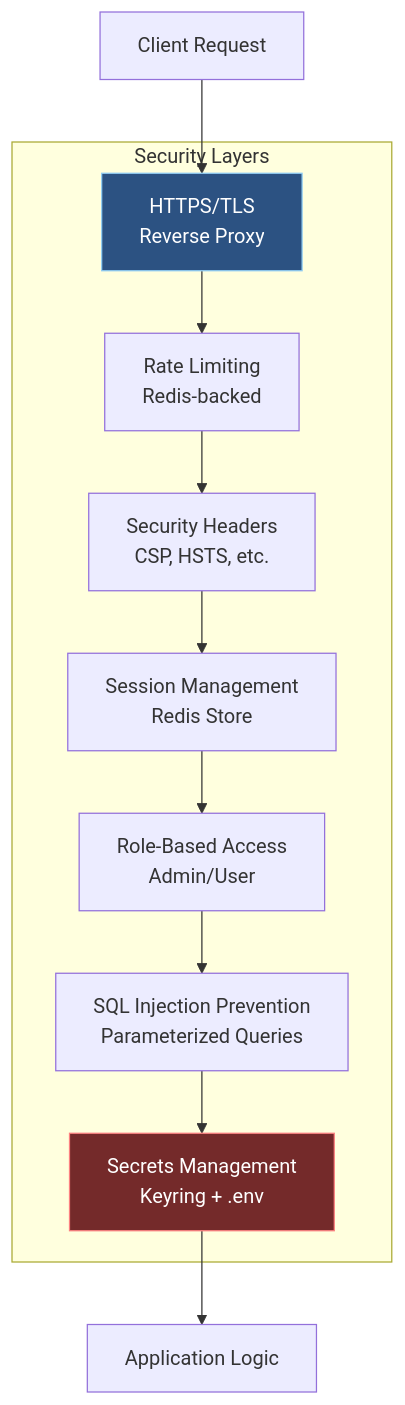
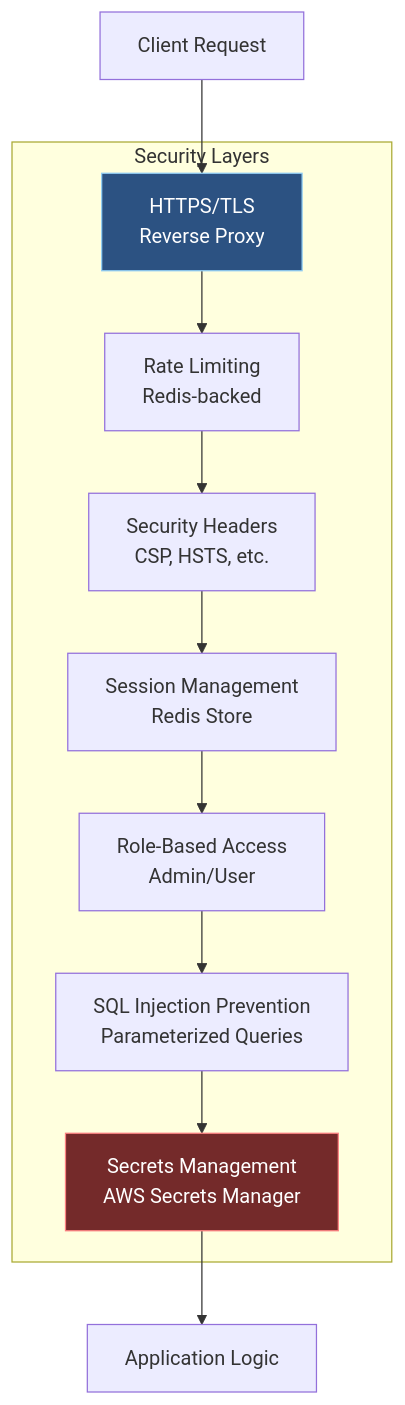
Before and after one commit to cyclonite69/shadowcheck-static: the sixth of 11 diagrams in .github/wiki/Architecture.md, drawn with Mermaid. The commit also changed 5 other files, not shown here.

````diff
--- a/.github/wiki/Architecture.md
+++ b/.github/wiki/Architecture.md
@@ -602,24 +602,24 @@
 ```mermaid
 graph TB
     subgraph "Security Layers"
         A[HTTPS/TLS<br/>Reverse Proxy]
         B[Rate Limiting<br/>Redis-backed]
         C[Security Headers<br/>CSP, HSTS, etc.]
         D[Session Management<br/>Redis Store]
         E[Role-Based Access<br/>Admin/User]
         F[SQL Injection Prevention<br/>Parameterized Queries]
-        G[Secrets Management<br/>Keyring + .env]
+        G[Secrets Management<br/>AWS Secrets Manager]
     end
 
     H[Client Request] --> A
     A --> B
     B --> C
     C --> D
     D --> E
     E --> F
     F --> G
     G --> I[Application Logic]
 
     style A fill:#2c5282,stroke:#90cdf4,color:#fff
     style G fill:#742a2a,stroke:#fc8181,color:#fff
 ```
````
